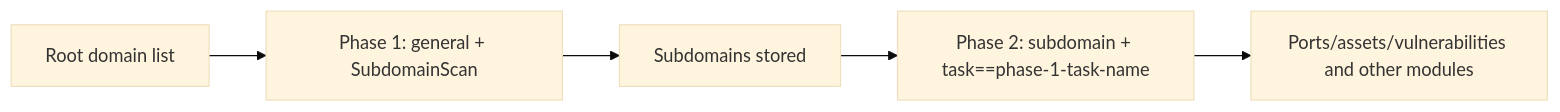
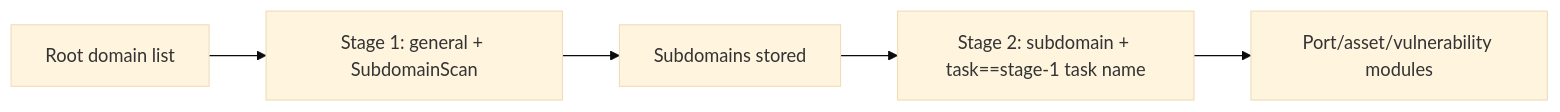
One commit to structuredstanza/AgentLab changed the diagram in artex-global/skills/scopesentry/SKILL.md. Above: the diagram before and after it, drawn with Mermaid (base theme). The commit also changed other lines of this file and 519 other files, not shown here.

````diff
--- a/artex-global/skills/scopesentry/SKILL.md
+++ b/artex-global/skills/scopesentry/SKILL.md
@@ -164,7 +164,7 @@
 ```mermaid
 flowchart LR
-  A[Root domain list] --> B[Phase 1: general + SubdomainScan]
+  A[Root domain list] --> B[Stage 1: general + SubdomainScan]
   B --> C[Subdomains stored]
-  C --> D[Phase 2: subdomain + task==phase-1-task-name]
-  D --> E[Ports/assets/vulnerabilities and other modules]
+  C --> D[Stage 2: subdomain + task==stage-1 task name]
+  D --> E[Port/asset/vulnerability modules]
 ```
````
